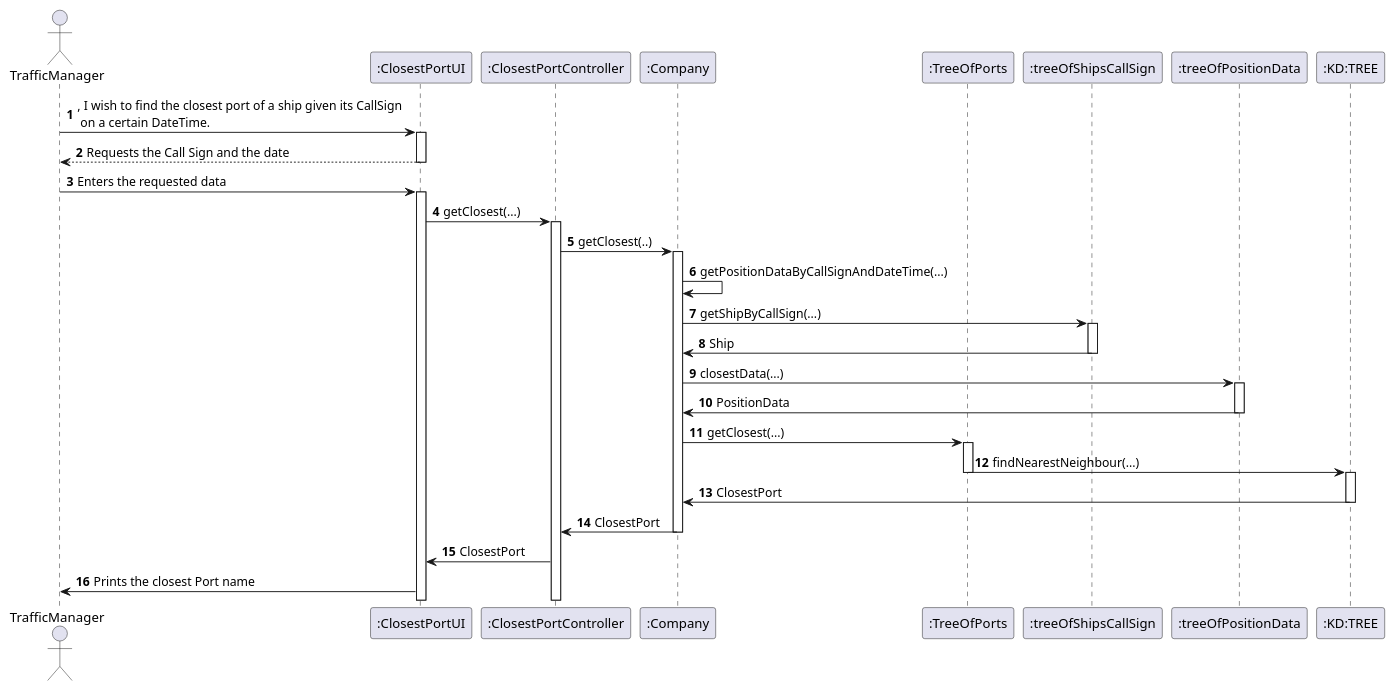
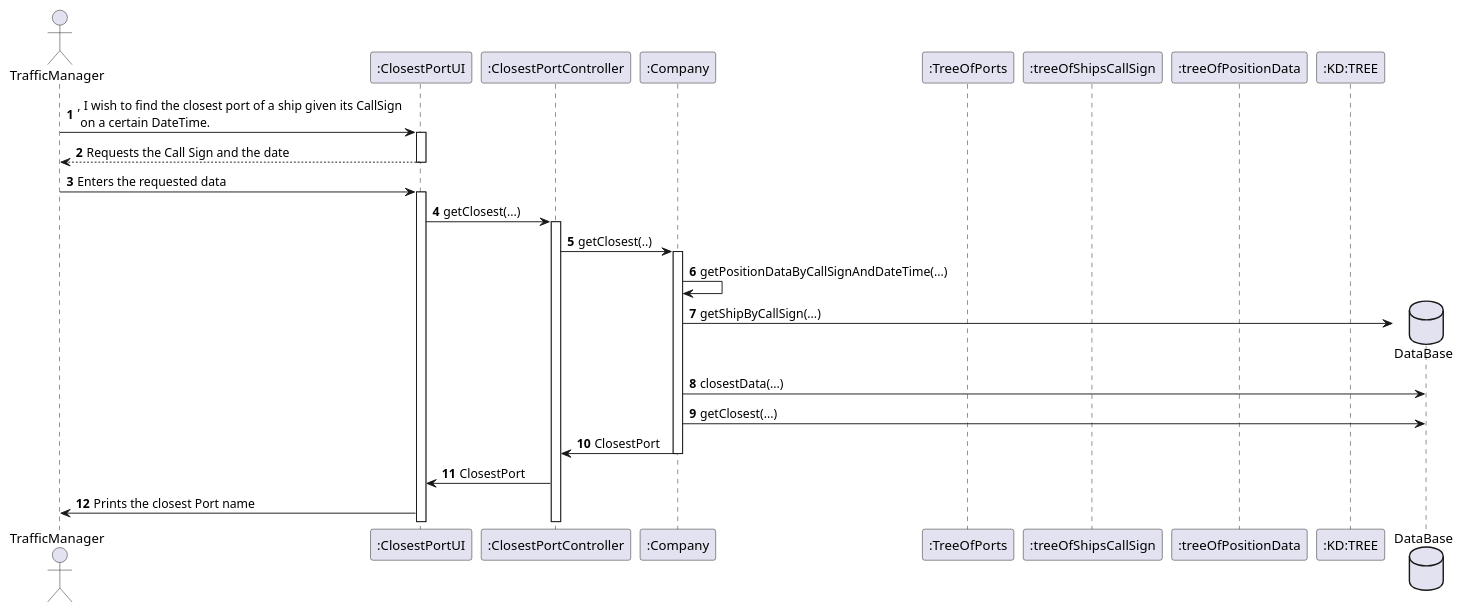
One commit to LourencoMelo/ISEP-LAPR3-ESINF changed the diagram in Docs/Sprint2/US202/SD.puml. Above: the diagram before and after it, drawn with PlantUML. The commit also changed 23 other files, not shown here.

```diff
--- a/Docs/Sprint2/US202/SD.puml
+++ b/Docs/Sprint2/US202/SD.puml
@@ -1,48 +1,37 @@
 @startuml
 'https://plantuml.com/sequence-diagram
 
 autonumber
 
 actor       TrafficManager             as TM
 participant    ":ClosestPortUI"         as UI
 participant    ":ClosestPortController" as CTRL
 participant    ":Company"              as Company
 participant    ":TreeOfPorts"   as TreeOfPorts
 participant    ":treeOfShipsCallSign"   as treeOfShipsCallSign
 participant    ":treeOfPositionData"   as TreeOfPositionData
 participant    ":KD:TREE"   as KD
+database       "DataBase"              as db
 
 TM -> UI : , I wish to find the closest port of a ship given its CallSign \n on a certain DateTime.
 activate UI
 UI --> TM: Requests the Call Sign and the date
 deactivate UI
 
 TM -> UI : Enters the requested data
 activate UI
 
 UI -> CTRL : getClosest(...)
 activate CTRL
 CTRL -> Company : getClosest(..)
 activate Company
 Company -> Company : getPositionDataByCallSignAndDateTime(...)
-Company -> treeOfShipsCallSign : getShipByCallSign(...)
-activate treeOfShipsCallSign
-treeOfShipsCallSign -> Company : Ship
-deactivate treeOfShipsCallSign
-Company -> TreeOfPositionData : closestData(...)
-activate TreeOfPositionData
-TreeOfPositionData -> Company : PositionData
-deactivate TreeOfPositionData
-Company -> TreeOfPorts : getClosest(...)
-activate TreeOfPorts
-TreeOfPorts -> KD : findNearestNeighbour(...)
-deactivate TreeOfPorts
-activate KD
-KD -> Company : ClosestPort
-deactivate KD
+Company -> db** : getShipByCallSign(...)
+Company -> db : closestData(...)
+Company -> db : getClosest(...)
 Company -> CTRL : ClosestPort
 deactivate Company
 CTRL -> UI : ClosestPort
 UI -> TM : Prints the closest Port name
 
 @enduml
```
